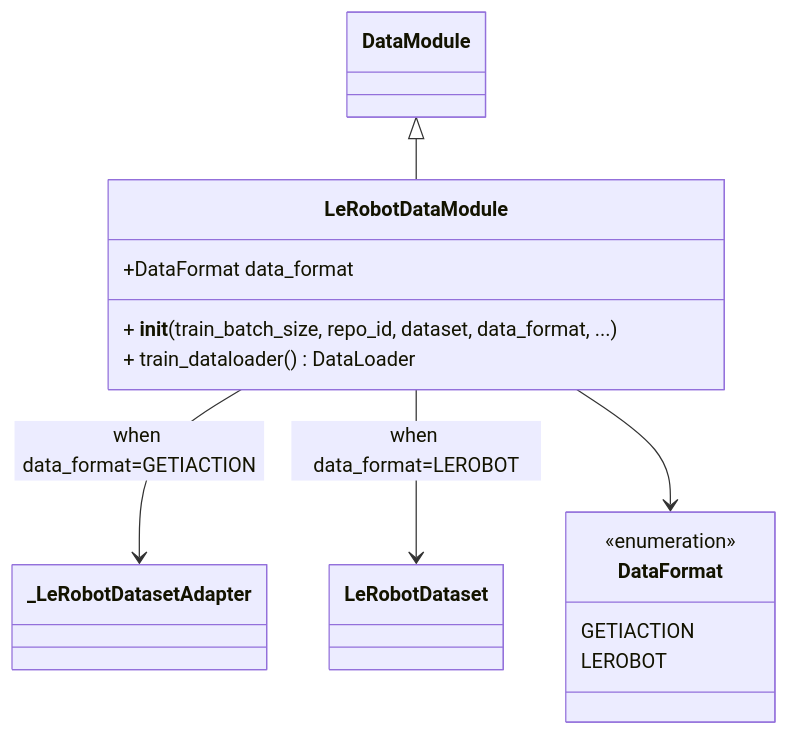
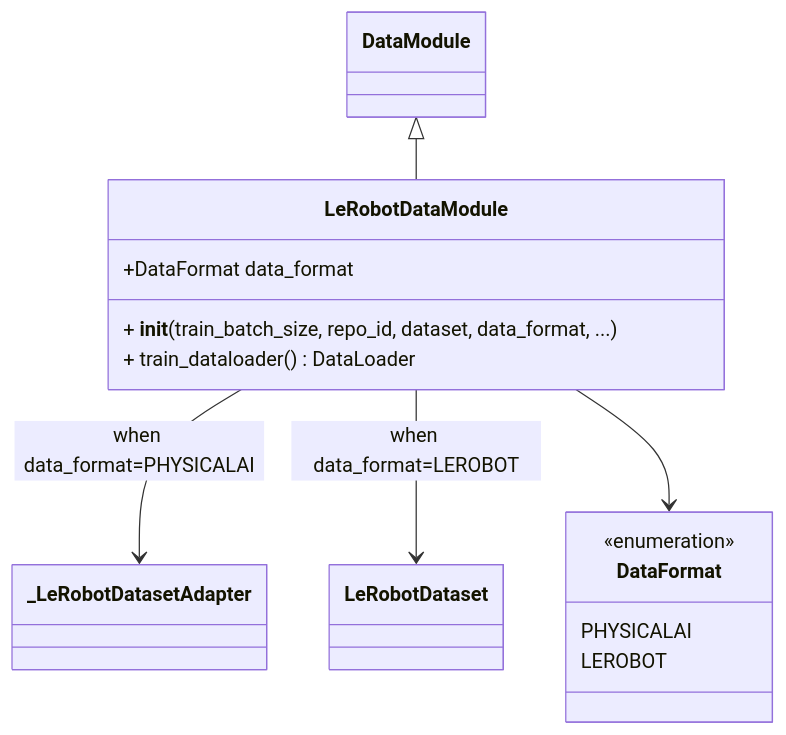
One commit to open-edge-platform/physical-ai-studio changed the third of 3 diagrams in library/docs/explanation/data/lerobot.md. Above: the diagram before and after it, drawn with Mermaid. The commit also changed other lines of this file and 300 other files, not shown here.

Commit message:
feat: rename getiaction to physicalai

````diff
--- a/library/docs/explanation/data/lerobot.md
+++ b/library/docs/explanation/data/lerobot.md
@@ -139,22 +139,22 @@
 ```mermaid
 classDiagram
     class DataModule
     class _LeRobotDatasetAdapter
     class LeRobotDataset
     class DataFormat {
         <<enumeration>>
-        GETIACTION
+        PHYSICALAI
         LEROBOT
     }
 
     class LeRobotDataModule {
         +DataFormat data_format
         + __init__(train_batch_size, repo_id, dataset, data_format, ...)
         + train_dataloader() DataLoader
     }
 
     DataModule <|-- LeRobotDataModule
-    LeRobotDataModule --> _LeRobotDatasetAdapter: when data_format=GETIACTION
+    LeRobotDataModule --> _LeRobotDatasetAdapter: when data_format=PHYSICALAI
     LeRobotDataModule --> LeRobotDataset: when data_format=LEROBOT
     LeRobotDataModule --> DataFormat
 ```
````
